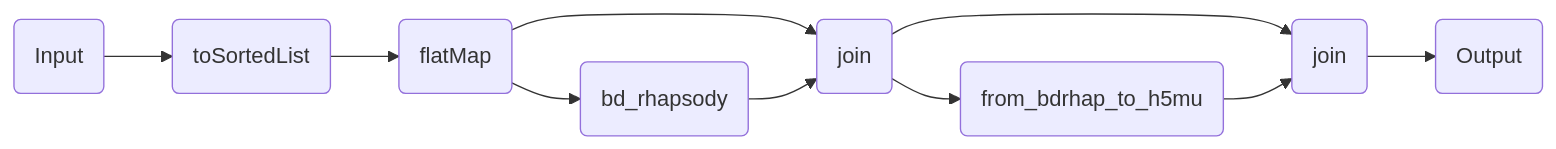
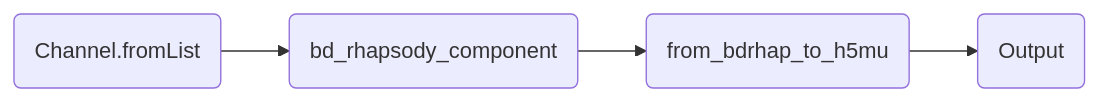
The diagram in components/workflows/ingestion/bd_rhapsody.qmd (openpipelines-bio/website), drawn with Mermaid before and after one commit. The commit also changed other lines of this file and 143 other files, not shown here.

````diff
--- a/components/workflows/ingestion/bd_rhapsody.qmd
+++ b/components/workflows/ingestion/bd_rhapsody.qmd
@@ -179,22 +179,12 @@
 ```{mermaid}
 %%| column: screen-inset-shaded
 flowchart LR
-    v0(Input)
-    v2(toSortedList)
-    v4(flatMap)
-    v10(bd_rhapsody)
-    v12(join)
-    v21(from_bdrhap_to_h5mu)
-    v23(join)
-    v29(Output)
-    v0-->v2
-    v2-->v4
-    v4-->v12
-    v4-->v10
-    v10-->v12
-    v12-->v23
-    v12-->v21
-    v21-->v23
-    v23-->v29
+    v0(Channel.fromList)
+    v17(bd_rhapsody_component)
+    v38(from_bdrhap_to_h5mu)
+    v65(Output)
+    v0-->v17
+    v17-->v38
+    v38-->v65
 
 ```
````
